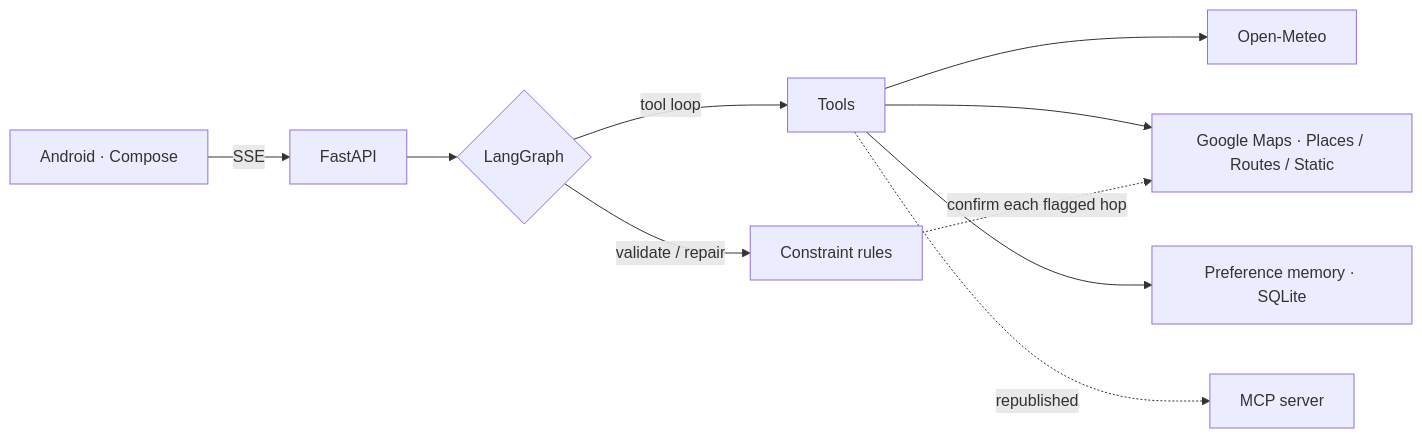
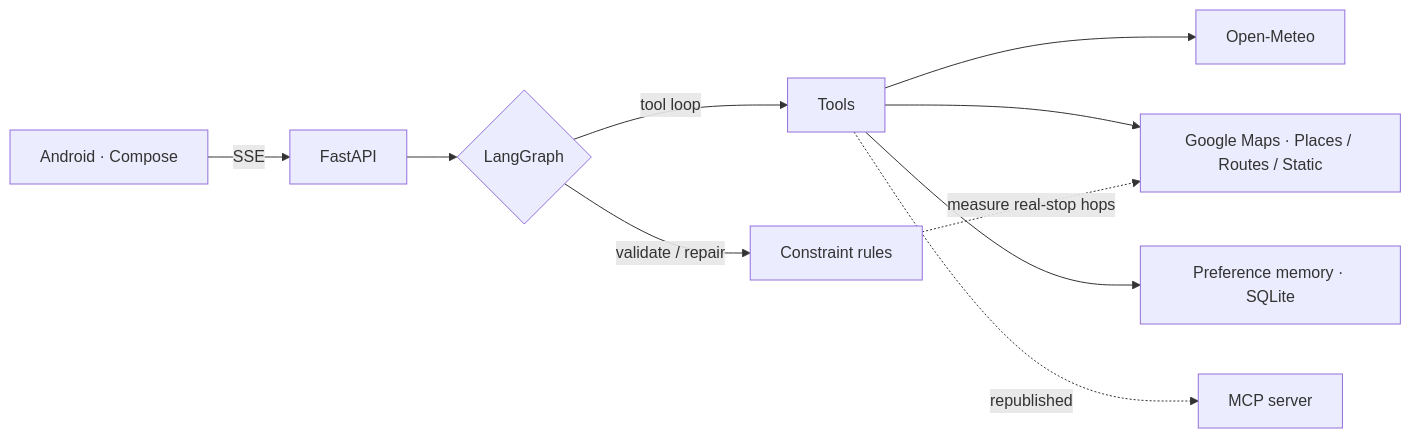
The diagram in README.md (lanluolan/wandergent), drawn with Mermaid before and after one commit. The commit also changed other lines of this file and 52 other files, not shown here.

````diff
--- a/README.md
+++ b/README.md
@@ -52,12 +59,12 @@
 ```mermaid
 flowchart LR
     A["Android · Compose"] -->|SSE| B["FastAPI"]
     B --> C{"LangGraph"}
     C -->|tool loop| D["Tools"]
     C -->|validate / repair| E["Constraint rules"]
     D --> F["Open-Meteo"]
     D --> G["Google Maps · Places / Routes / Static"]
     D --> H["Preference memory · SQLite"]
-    E -.confirm each flagged hop.-> G
+    E -.measure real-stop hops.-> G
     D -.republished.-> I["MCP server"]
 ```
````
